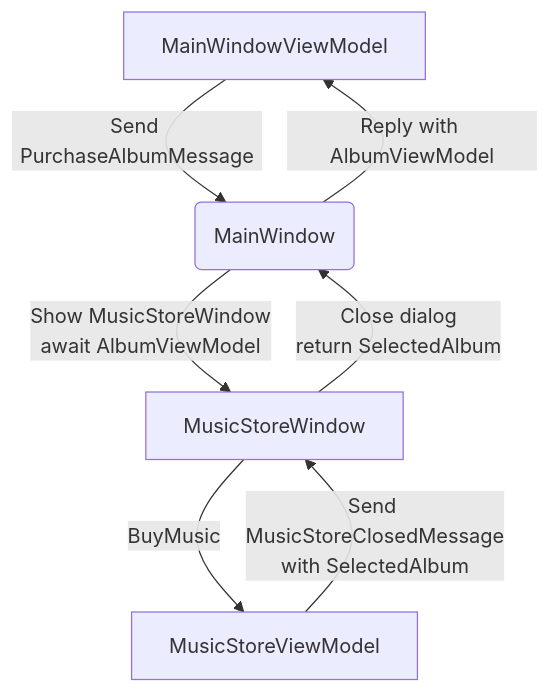
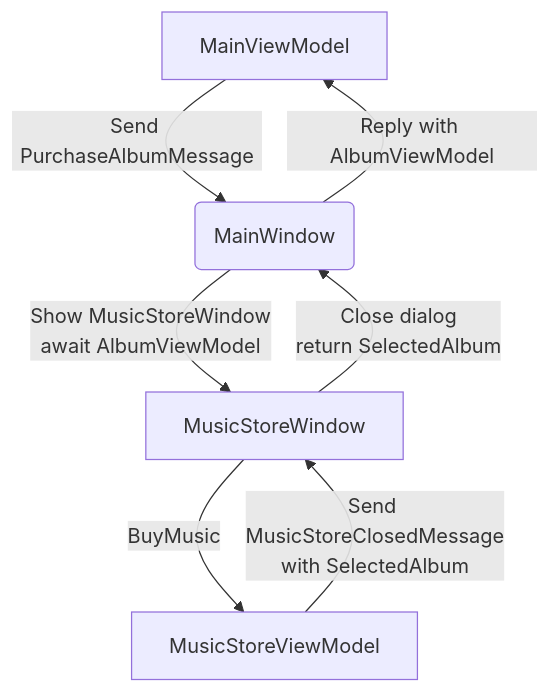
One commit to AvaloniaUI/Avalonia.Samples changed the diagram in src/Avalonia.Samples/CompleteApps/Avalonia.MusicStore/README.adoc. Above: the diagram before and after it, drawn with Mermaid. The commit also changed other lines of this file, not shown here.

````diff
--- a/src/Avalonia.Samples/CompleteApps/Avalonia.MusicStore/README.adoc
+++ b/src/Avalonia.Samples/CompleteApps/Avalonia.MusicStore/README.adoc
@@ -472,9 +472,9 @@
 ```mermaid
 graph TD;
-    A[MainWindowViewModel] -->|Send PurchaseAlbumMessage| B(MainWindow)
+    A[MainViewModel] -->|Send PurchaseAlbumMessage| B(MainWindow)
     B -->|Show MusicStoreWindow<br>await AlbumViewModel| C[MusicStoreWindow]
     C -->|BuyMusic| D[MusicStoreViewModel]
     D -->|Send MusicStoreClosedMessage<br>with SelectedAlbum| C
     C -->|Close dialog<br>return SelectedAlbum| B
     B -->|Reply with AlbumViewModel| A
 ```
````
